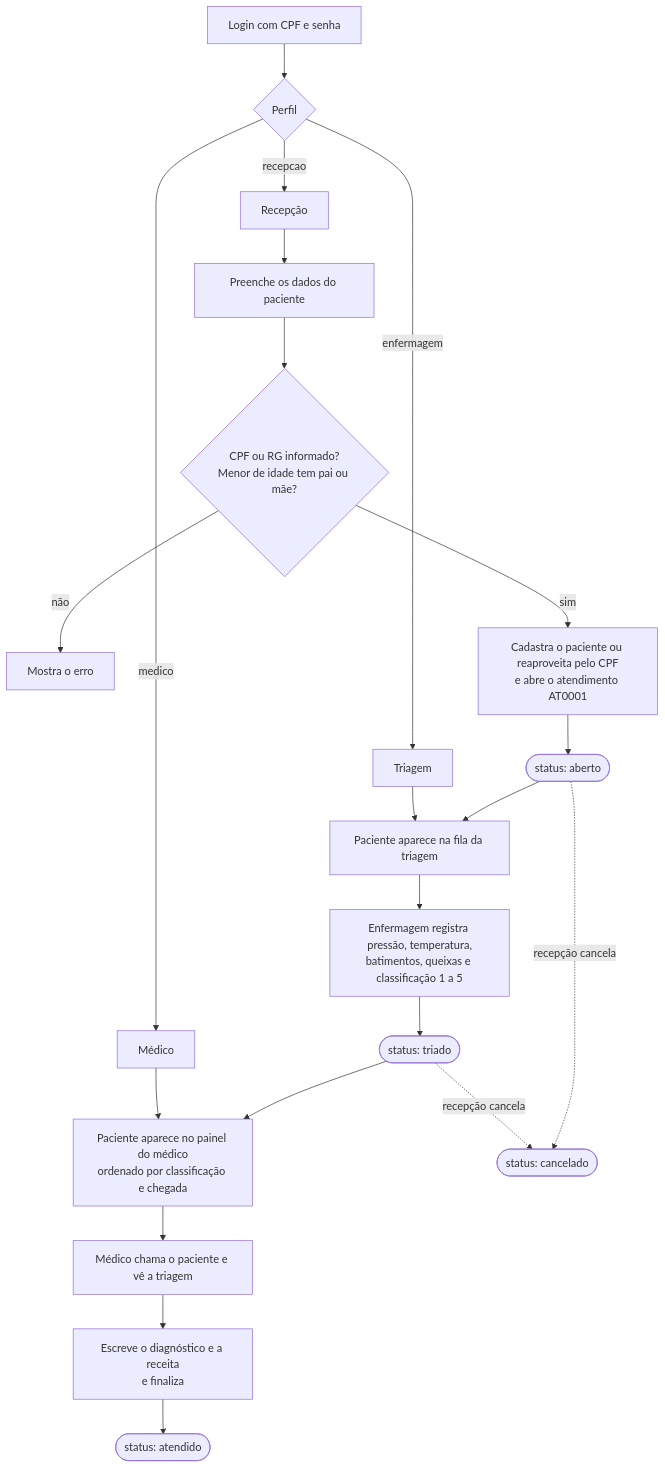
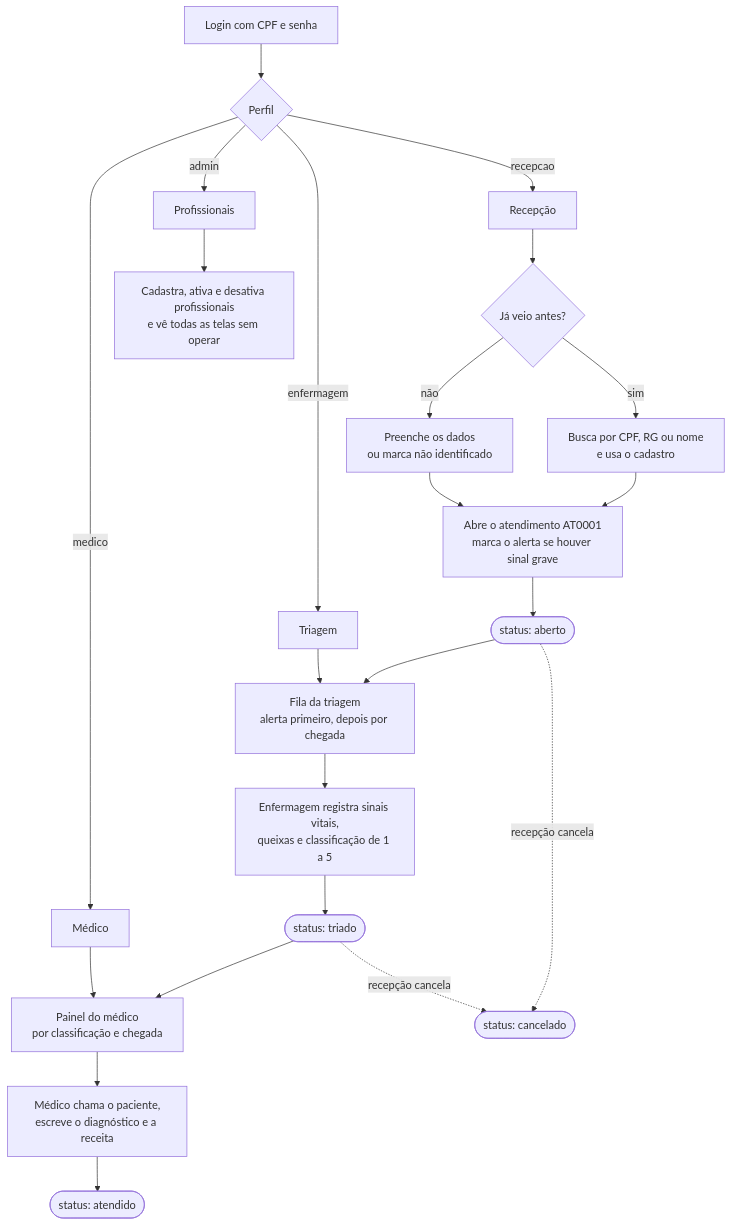
One commit to OtavioFelix-in/Projeto-Integrador2 changed the first of 2 diagrams in README.md. Above: the diagram before and after it, drawn with Mermaid. The commit also changed other lines of this file and 1 other file, not shown here.

````diff
--- a/README.md
+++ b/README.md
@@ -75,27 +86,30 @@
 ```mermaid
 flowchart TD
     L[Login com CPF e senha] --> P{Perfil}
     P -->|recepcao| R[Recepção]
     P -->|enfermagem| T[Triagem]
     P -->|medico| M[Médico]
+    P -->|admin| A[Profissionais]
 
-    R --> R1[Preenche os dados do paciente]
-    R1 --> R2{CPF ou RG informado?<br/>Menor de idade tem pai ou mãe?}
-    R2 -->|não| R3[Mostra o erro]
-    R2 -->|sim| R4[Cadastra o paciente ou reaproveita pelo CPF<br/>e abre o atendimento AT0001]
-    R4 --> S1([status: aberto])
+    R --> R0{Já veio antes?}
+    R0 -->|sim| R1[Busca por CPF, RG ou nome<br/>e usa o cadastro]
+    R0 -->|não| R2[Preenche os dados<br/>ou marca não identificado]
+    R1 --> R3[Abre o atendimento AT0001<br/>marca o alerta se houver sinal grave]
+    R2 --> R3
+    R3 --> S1([status: aberto])
 
-    S1 --> T1[Paciente aparece na fila da triagem]
+    S1 --> T1[Fila da triagem<br/>alerta primeiro, depois por chegada]
     T --> T1
-    T1 --> T2[Enfermagem registra pressão, temperatura,<br/>batimentos, queixas e classificação 1 a 5]
+    T1 --> T2[Enfermagem registra sinais vitais,<br/>queixas e classificação de 1 a 5]
     T2 --> S2([status: triado])
 
-    S2 --> M1[Paciente aparece no painel do médico<br/>ordenado por classificação e chegada]
+    S2 --> M1[Painel do médico<br/>por classificação e chegada]
     M --> M1
-    M1 --> M2[Médico chama o paciente e vê a triagem]
-    M2 --> M4[Escreve o diagnóstico e a receita<br/>e finaliza]
-    M4 --> S3([status: atendido])
+    M1 --> M2[Médico chama o paciente,<br/>escreve o diagnóstico e a receita]
+    M2 --> S3([status: atendido])
 
     S1 -.->|recepção cancela| C([status: cancelado])
     S2 -.->|recepção cancela| C
+
+    A --> A1[Cadastra, ativa e desativa profissionais<br/>e vê todas as telas sem operar]
 ```
````
